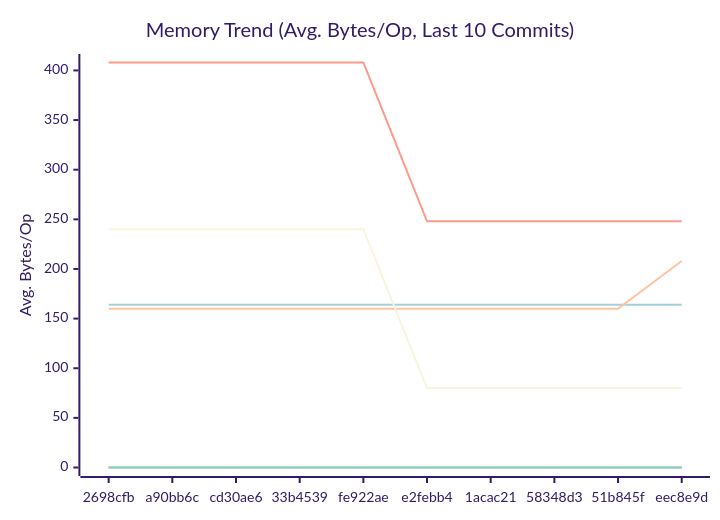
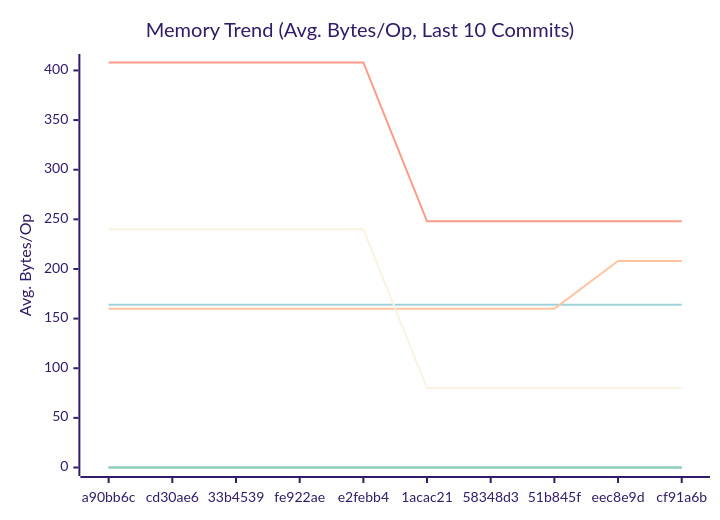
One commit to alsotoes/momo changed the second of 3 diagrams in docs/PERFORMANCE.md. Above: the diagram before and after it, drawn with Mermaid (forest theme). The commit also changed other lines of this file and 2 other files, not shown here.

First line of the commit message:
fix: add tls_insecure=true to e2e QUIC test config (#152)

````diff
--- a/docs/PERFORMANCE.md
+++ b/docs/PERFORMANCE.md
@@ -99,16 +97,16 @@
 ```mermaid
 xychart-beta
     title "Memory Trend (Avg. Bytes/Op, Last 10 Commits)"
     x-axis "Commit"
     y-axis "Avg. Bytes/Op"
-    x-axis [2698cfb,a90bb6c,cd30ae6,33b4539,fe922ae,e2febb4,1acac21,58348d3,51b845f,eec8e9d]
+    x-axis [a90bb6c,cd30ae6,33b4539,fe922ae,e2febb4,1acac21,58348d3,51b845f,eec8e9d,cf91a6b]
     line "CheckMetricsAndSwap" [0,0,0,0,0,0,0,0,0,0]
     line "CrushOptimized" [0,0,0,0,0,0,0,0,0,0]
     line "CrushOriginal" [164,164,164,164,164,164,164,164,164,164]
     line "IndexDirectTracking" [0,0,0,0,0,0,0,0,0,0]
     line "IndexSearch" [0,0,0,0,0,0,0,0,0,0]
-    line "LoadGlobalConfig" [160,160,160,160,160,160,160,160,160,208]
+    line "LoadGlobalConfig" [160,160,160,160,160,160,160,160,208,208]
     line "PadString" [0,0,0,0,0,0,0,0,0,0]
     line "ParseReplicationOrder_NoPrealloc" [408,408,408,408,408,248,248,248,248,248]
     line "ParseReplicationOrder_Prealloc" [240,240,240,240,240,80,80,80,80,80]
 ```
````
